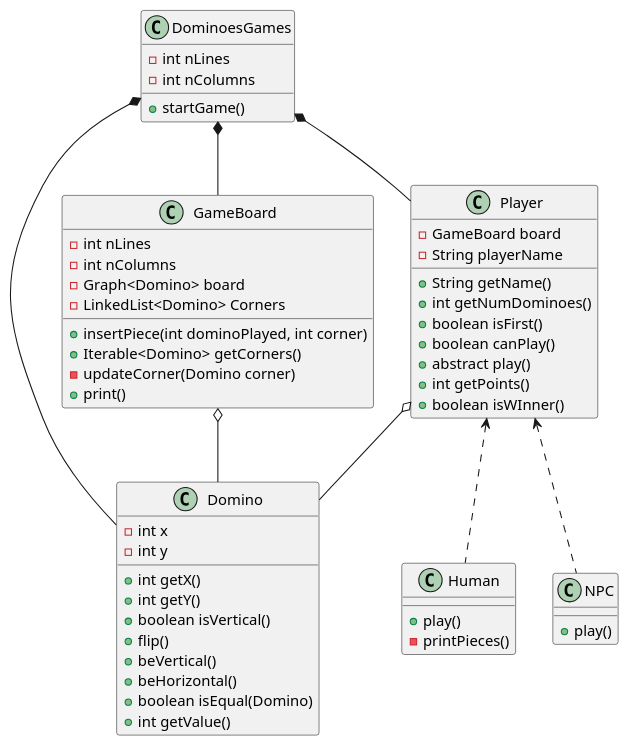
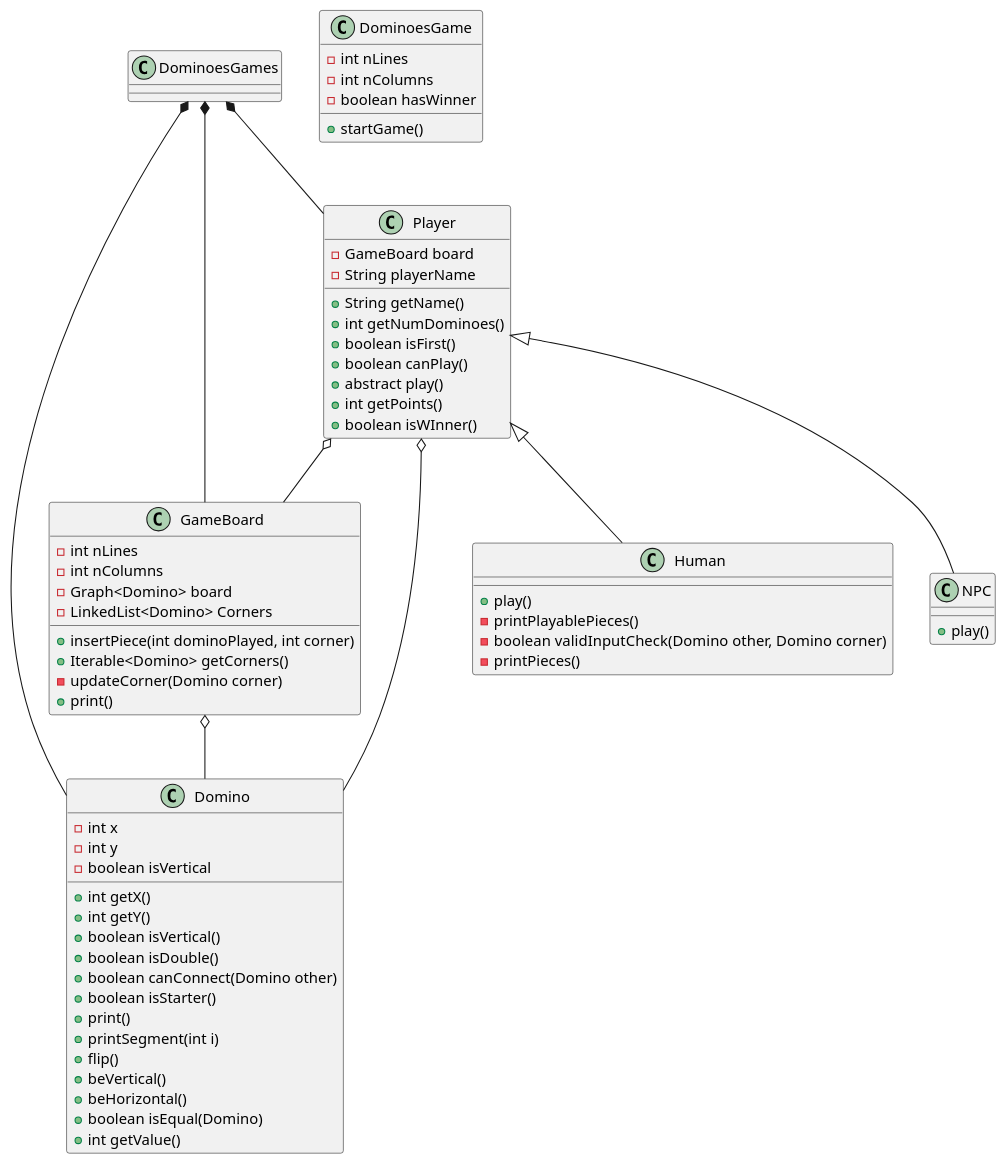
One commit to afonsoflou/DominoPOO changed the diagram in src/DominoUML.puml. Above: the diagram before and after it, drawn with PlantUML. The commit also changed 1 other file, not shown here.

Commit message:
Human Fixes

```diff
--- a/src/DominoUML.puml
+++ b/src/DominoUML.puml
@@ -1,66 +1,75 @@
 @startuml
 
 class Domino {
     - int x
     - int y
+    - boolean isVertical
 
     + int getX()
     + int getY()
     + boolean isVertical()
+    + boolean isDouble()
+    + boolean canConnect(Domino other)
+    + boolean isStarter()
+    + print()
+    + printSegment(int i)
     + flip()
     + beVertical()
     + beHorizontal()
     + boolean isEqual(Domino)
     + int getValue()
 }
 
 class GameBoard {
     - int nLines
     - int nColumns
     - Graph<Domino> board
     - LinkedList<Domino> Corners
 
     + insertPiece(int dominoPlayed, int corner)
     + Iterable<Domino> getCorners()
     - updateCorner(Domino corner)
     + print()
 }
 
 class Player {
     - GameBoard board
     - String playerName
 
     + String getName()
     + int getNumDominoes()
     + boolean isFirst()
     + boolean canPlay()
     + abstract play()
     + int getPoints()
     + boolean isWInner()
 }
 
-class DominoesGames {
+class DominoesGame {
     - int nLines
     - int nColumns
-
+    - boolean hasWinner
     + startGame()
 }
 
 class Human {
 
     + play()
+    - printPlayablePieces()
+    - boolean validInputCheck(Domino other, Domino corner)
     - printPieces()
 }
 
 class NPC {
 
     + play()
 }
 DominoesGames *-- Domino
 DominoesGames *-- GameBoard
 DominoesGames *-- Player
 GameBoard o-- Domino
 Player o-- Domino
-Player <.. Human
-Player <.. NPC
+Player o-- GameBoard
+Player <|-- Human
+Player <|--NPC
 @enduml
```
